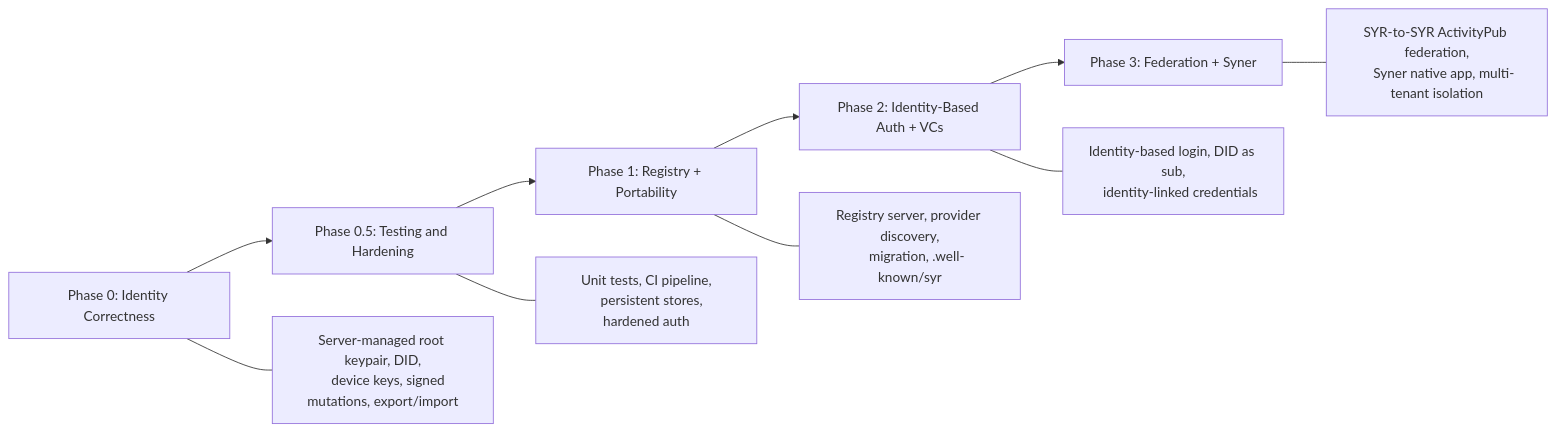
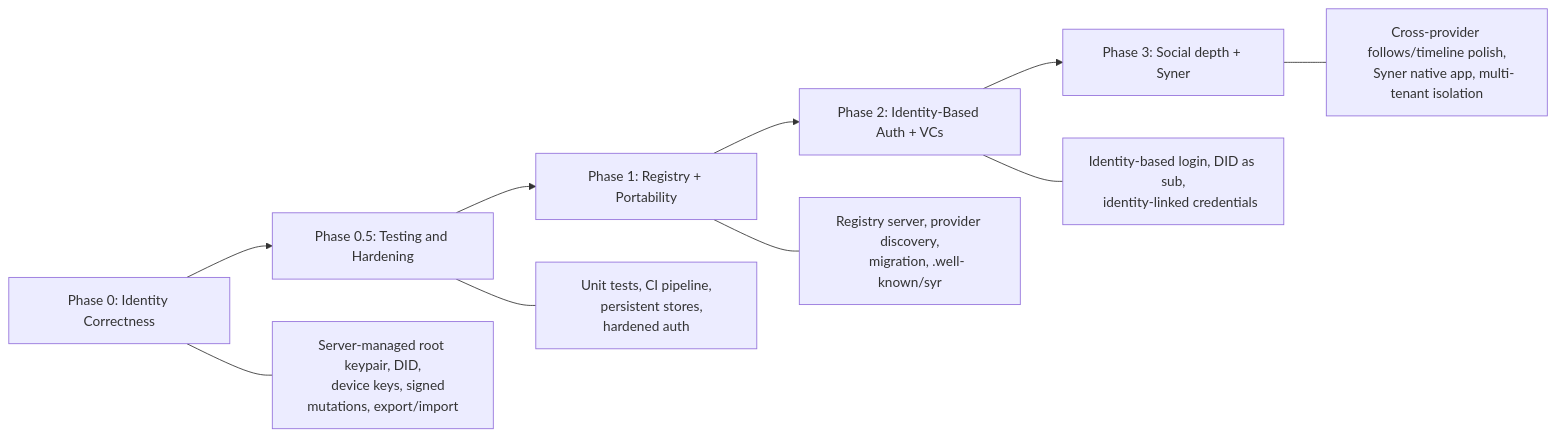
Before and after one commit to syr-is/syr: the diagram in apps/docs/app/src/routes/reference/spec-mapping/+page.md, drawn with Mermaid. The commit also changed other lines of this file and 67 other files, not shown here.

````diff
--- a/apps/docs/app/src/routes/reference/spec-mapping/+page.md
+++ b/apps/docs/app/src/routes/reference/spec-mapping/+page.md
@@ -180,18 +171,18 @@
 ```mermaid
 flowchart LR
     Phase0["Phase 0: Identity Correctness"] --> Phase05["Phase 0.5: Testing and Hardening"]
     Phase05 --> Phase1["Phase 1: Registry + Portability"]
     Phase1 --> Phase2["Phase 2: Identity-Based Auth + VCs"]
-    Phase2 --> Phase3["Phase 3: Federation + Syner"]
+    Phase2 --> Phase3["Phase 3: Social depth + Syner"]
 
     Phase0 --- P0Items["Server-managed root keypair, DID,
     device keys, signed mutations, export/import"]
     Phase05 --- P05Items["Unit tests, CI pipeline,
     persistent stores, hardened auth"]
     Phase1 --- P1Items["Registry server, provider discovery,
     migration, .well-known/syr"]
     Phase2 --- P2Items["Identity-based login, DID as sub,
     identity-linked credentials"]
-    Phase3 --- P3Items["SYR-to-SYR ActivityPub federation,
+    Phase3 --- P3Items["Cross-provider follows/timeline polish,
     Syner native app, multi-tenant isolation"]
 ```
````
